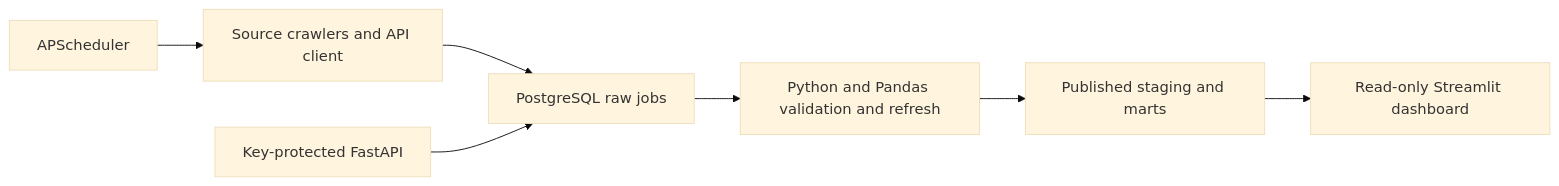
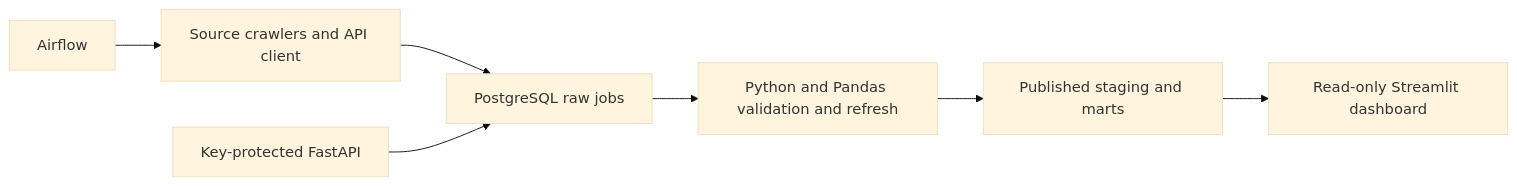
One commit to Kien118/Job-Market-Analytics-Pipeline changed the diagram in README.md. Above: the diagram before and after it, drawn with Mermaid (base theme). The commit also changed other lines of this file and 4 other files, not shown here.

````diff
--- a/README.md
+++ b/README.md
@@ -5,9 +5,9 @@
 ```mermaid
 flowchart LR
     C[Source crawlers and API client] --> R[PostgreSQL raw jobs]
     A[Key-protected FastAPI] --> R
-    S[APScheduler] --> C
+    S[Airflow] --> C
     R --> E[Python and Pandas validation and refresh]
     E --> P[Published staging and marts]
     P --> D[Read-only Streamlit dashboard]
 ```
````
